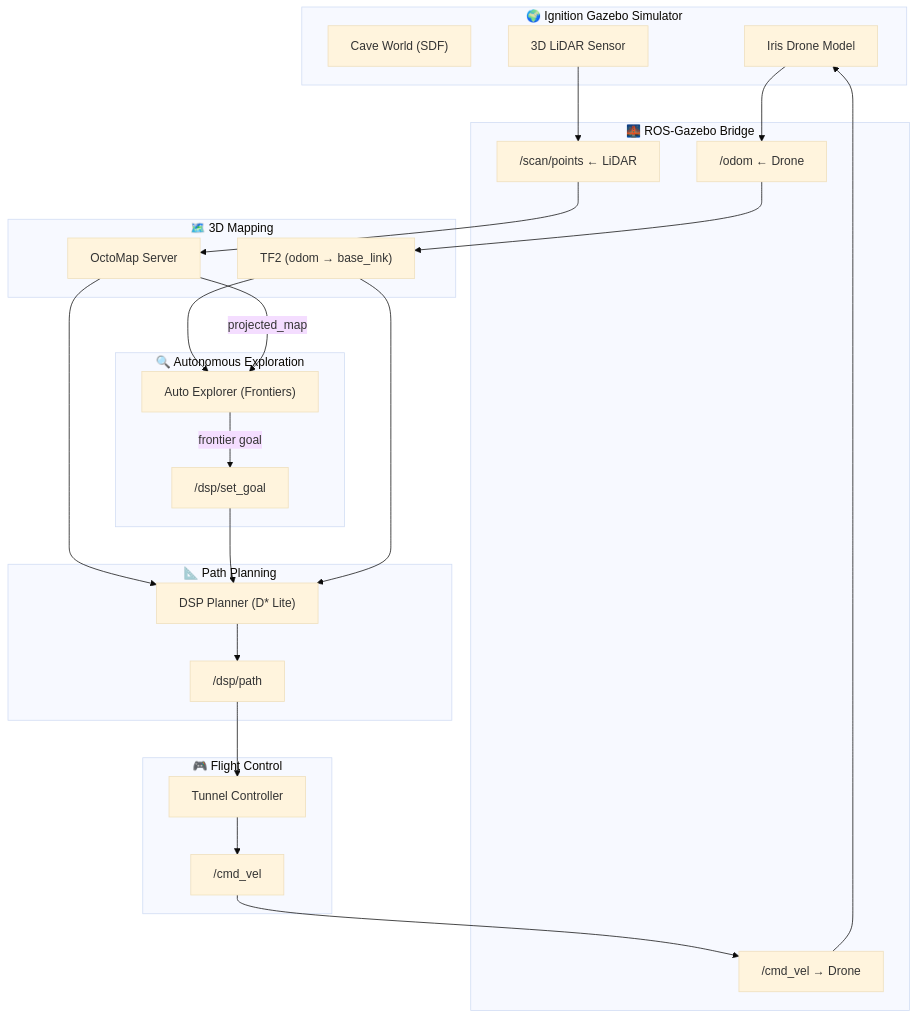
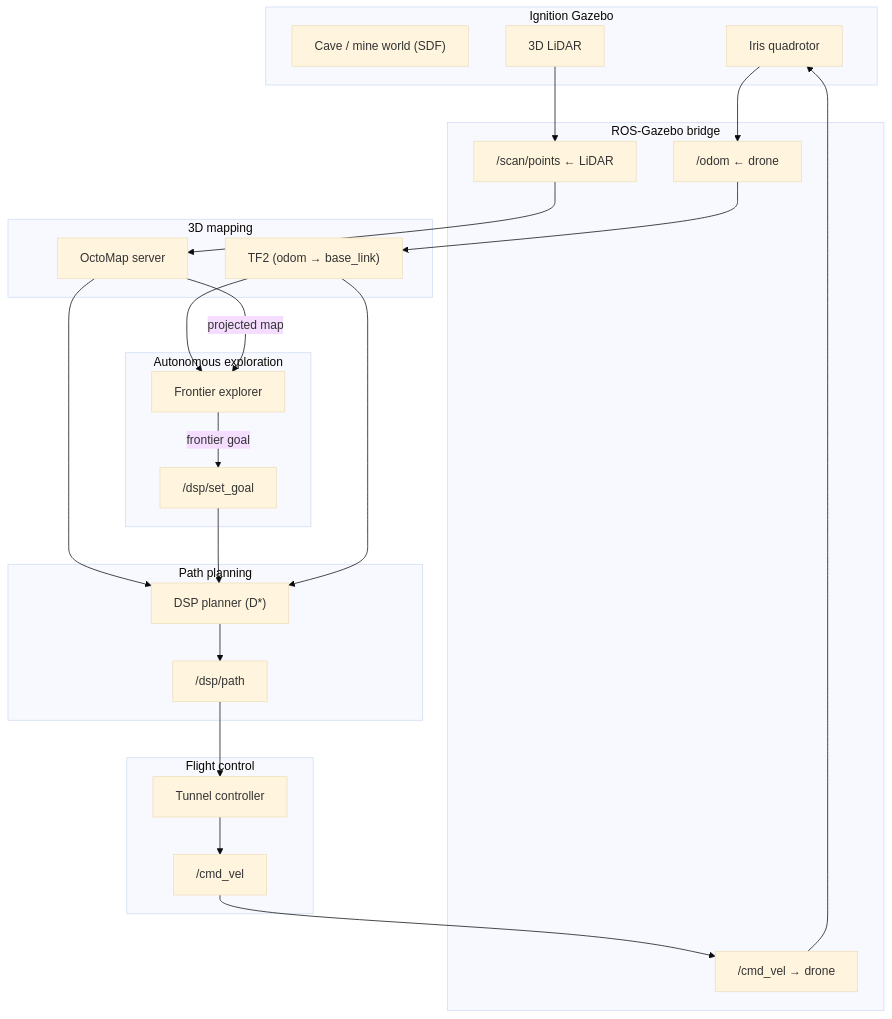
One commit to MohammedBajhaw/drone-navigation changed the diagram in README.md. Above: the diagram before and after it, drawn with Mermaid (base theme). The commit also changed other lines of this file, not shown here.

````diff
--- a/README.md
+++ b/README.md
@@ -53,44 +57,44 @@
 ```mermaid
 graph TD
-    subgraph Gazebo["🌍 Ignition Gazebo Simulator"]
-        SDF["Cave World (SDF)"]
-        Drone["Iris Drone Model"]
-        LiDAR["3D LiDAR Sensor"]
+    subgraph Gazebo["Ignition Gazebo"]
+        SDF["Cave / mine world (SDF)"]
+        Drone["Iris quadrotor"]
+        LiDAR["3D LiDAR"]
     end
 
-    subgraph Bridge["🌉 ROS-Gazebo Bridge"]
-        B1["/cmd_vel → Drone"]
-        B2["/odom ← Drone"]
+    subgraph Bridge["ROS-Gazebo bridge"]
+        B1["/cmd_vel → drone"]
+        B2["/odom ← drone"]
         B3["/scan/points ← LiDAR"]
     end
 
-    subgraph Mapping["🗺️ 3D Mapping"]
-        OctoMap["OctoMap Server"]
+    subgraph Mapping["3D mapping"]
+        OctoMap["OctoMap server"]
         TF["TF2 (odom → base_link)"]
     end
 
-    subgraph Planning["📐 Path Planning"]
-        DSP["DSP Planner (D* Lite)"]
+    subgraph Planning["Path planning"]
+        DSP["DSP planner (D*)"]
         Path["/dsp/path"]
     end
 
-    subgraph Control["🎮 Flight Control"]
-        Controller["Tunnel Controller"]
+    subgraph Control["Flight control"]
+        Controller["Tunnel controller"]
         CmdVel["/cmd_vel"]
     end
 
-    subgraph Exploration["🔍 Autonomous Exploration"]
-        Explorer["Auto Explorer (Frontiers)"]
+    subgraph Exploration["Autonomous exploration"]
+        Explorer["Frontier explorer"]
         Goal["/dsp/set_goal"]
     end
 
     LiDAR --> B3 --> OctoMap
     Drone --> B2 --> TF
     OctoMap --> DSP
     Explorer -->|frontier goal| Goal --> DSP
     DSP --> Path --> Controller
     Controller --> CmdVel --> B1 --> Drone
     TF --> DSP
     TF --> Explorer
-    OctoMap -->|projected_map| Explorer
+    OctoMap -->|projected map| Explorer
 ```
````
